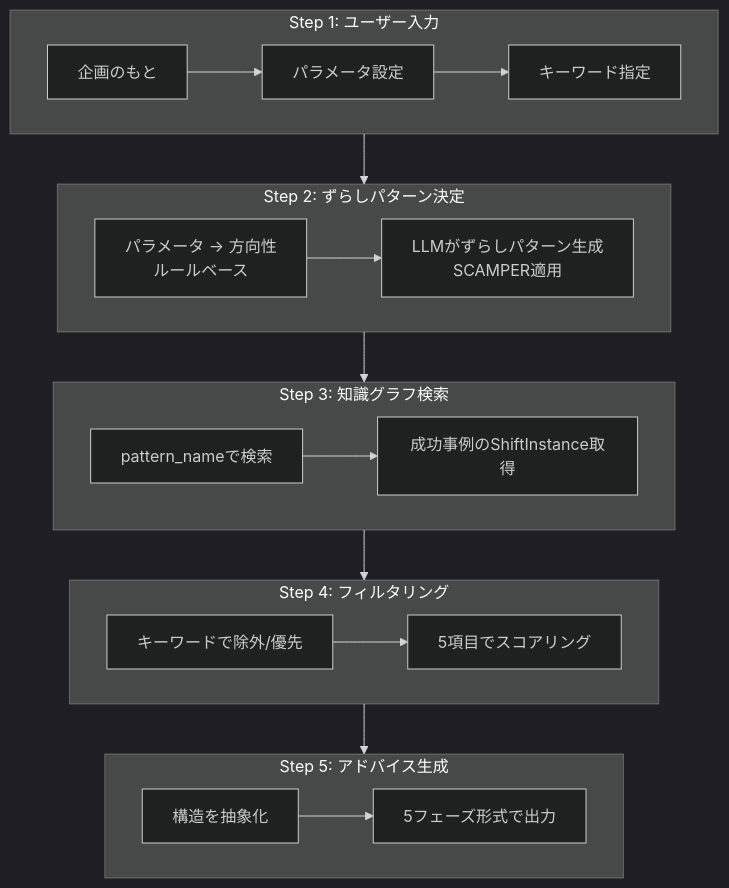
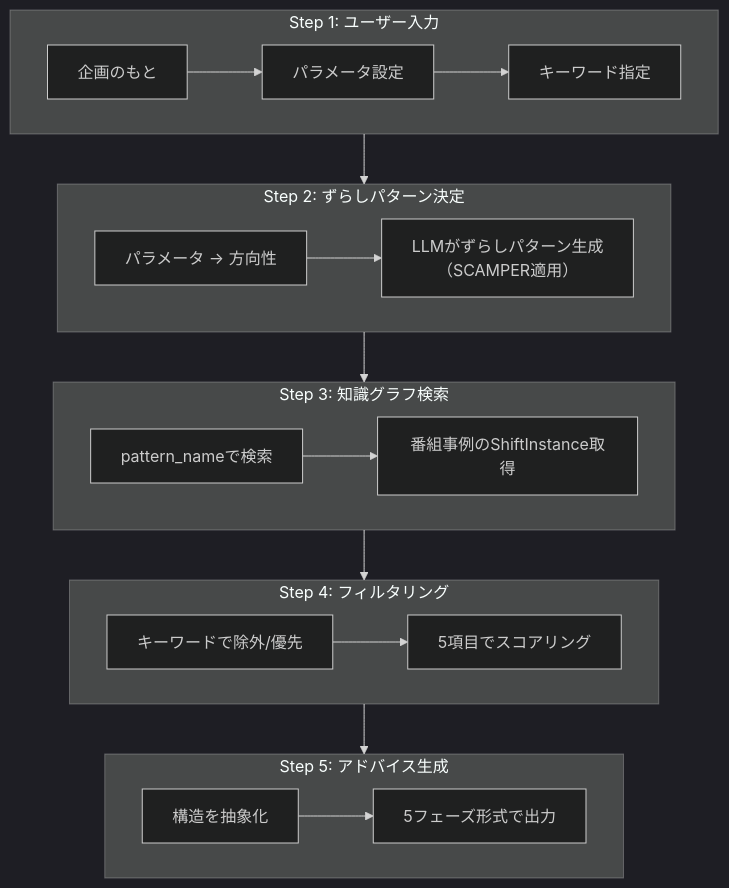
One commit to ShigeoUeda/research_memo changed the first of 2 diagrams in 20251208簡易版GraphRAG動作について.md. Above: the diagram before and after it, drawn with Mermaid (dark theme).

````diff
--- a/20251208簡易版GraphRAG動作について.md
+++ b/20251208簡易版GraphRAG動作について.md
@@ -5,28 +5,28 @@
 ```mermaid
 flowchart TB
     subgraph Step1["Step 1: ユーザー入力"]
         A[企画のもと] --> B[パラメータ設定]
         B --> C[キーワード指定]
     end
     
     subgraph Step2["Step 2: ずらしパターン決定"]
-        D[パラメータ → 方向性<br/>ルールベース] --> E[LLMがずらしパターン生成<br/>SCAMPER適用]
+        D[パラメータ → 方向性] --> E[LLMがずらしパターン生成<br/>（SCAMPER適用）]
     end
     
     subgraph Step3["Step 3: 知識グラフ検索"]
-        F[pattern_nameで検索] --> G[成功事例のShiftInstance取得]
+        F[pattern_nameで検索] --> G[番組事例のShiftInstance取得]
     end
     
     subgraph Step4["Step 4: フィルタリング"]
         H[キーワードで除外/優先] --> I[5項目でスコアリング]
     end
     
     subgraph Step5["Step 5: アドバイス生成"]
         J[構造を抽象化] --> K[5フェーズ形式で出力]
     end
     
     Step1 --> Step2
     Step2 --> Step3
     Step3 --> Step4
     Step4 --> Step5
 ```
````
